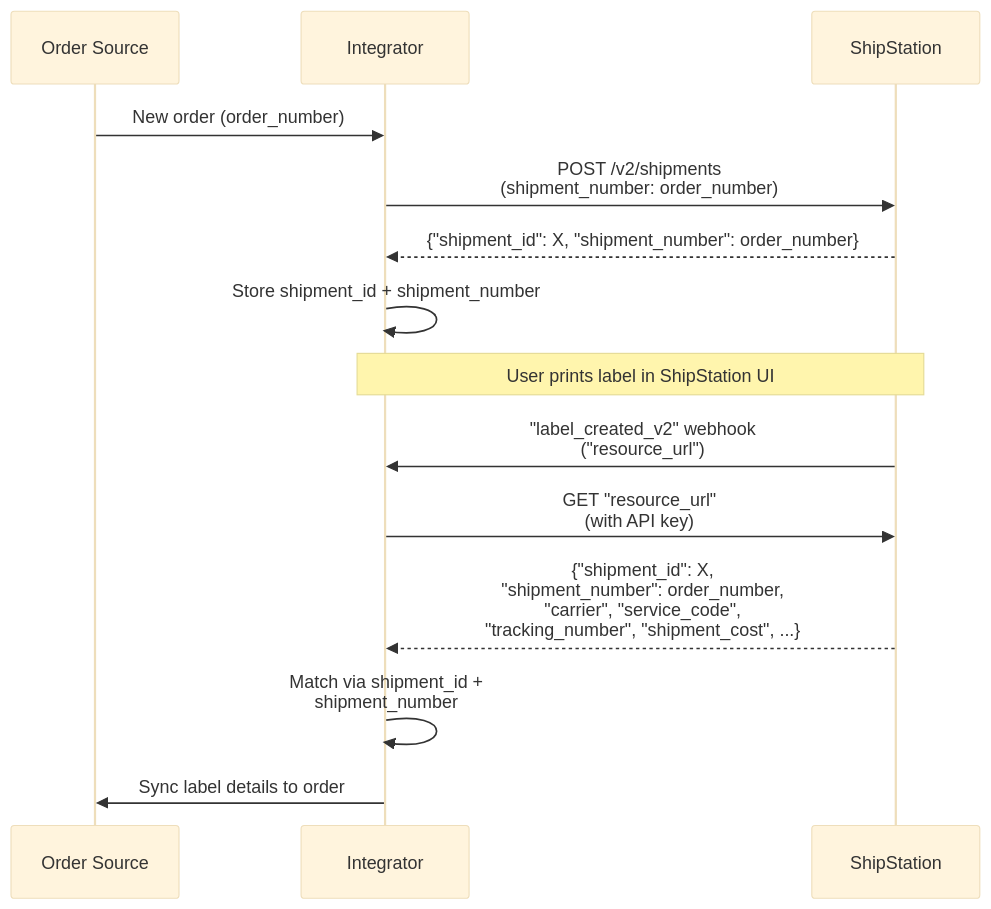
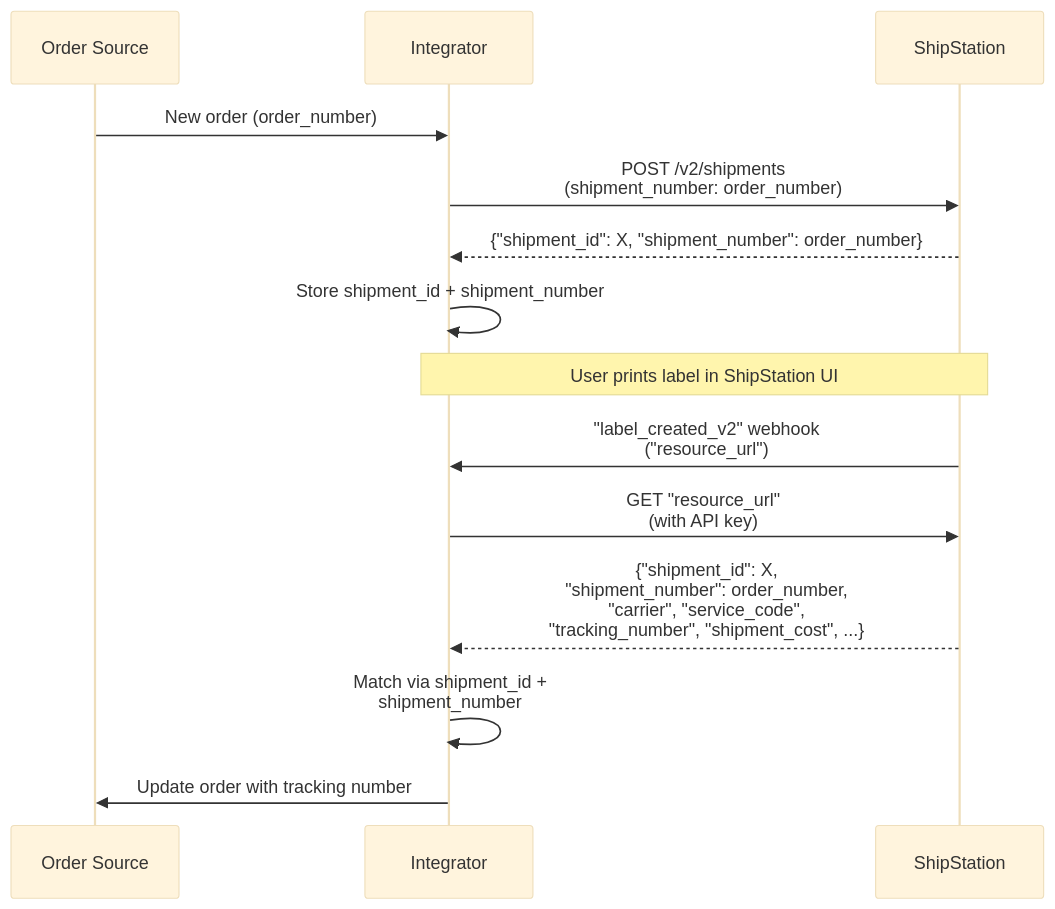
One commit to pmcgee-personal/shipstation-integration-toolkit changed the diagram in patterns/order lifecycle/order-creation-api-label-print-ui.md. Above: the diagram before and after it, drawn with Mermaid (base theme). The commit also changed 6 other files, not shown here.

````diff
--- a/patterns/order lifecycle/order-creation-api-label-print-ui.md
+++ b/patterns/order lifecycle/order-creation-api-label-print-ui.md
@@ -9,20 +9,20 @@
 ```mermaid
 sequenceDiagram
     participant OrderSrc as Order Source
     participant Int as Integrator
     participant SS as ShipStation
 
     OrderSrc->>Int: New order (order_number)
     Int->>SS: POST /v2/shipments<br/>(shipment_number: order_number)
     SS-->>Int: {"shipment_id": X, "shipment_number": order_number}
     Int->>Int: Store shipment_id + shipment_number
 
     Note over Int,SS: User prints label in ShipStation UI
     SS->>Int: "label_created_v2" webhook<br/>("resource_url")
 
     Int->>SS: GET "resource_url"<br/>(with API key)
     SS-->>Int: {"shipment_id": X,<br/>"shipment_number": order_number,<br/>"carrier", "service_code",<br/>"tracking_number", "shipment_cost", ...}
 
     Int->>Int: Match via shipment_id +<br/>shipment_number
-    Int->>OrderSrc: Sync label details to order
+    Int->>OrderSrc: Update order with tracking number
 ```
````
